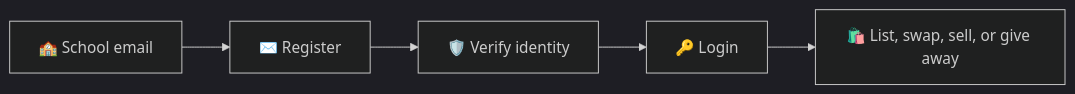
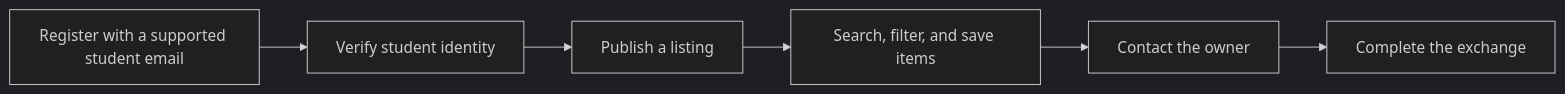
Before and after one commit to Zahotoo/unitrovee: the diagram in README.md, drawn with Mermaid (dark theme). The commit also changed other lines of this file and 1 other file, not shown here.

````diff
--- a/README.md
+++ b/README.md
@@ -8,7 +37,8 @@
 ```mermaid
 flowchart LR
-    A["🏫 School email"] --> B["✉️ Register"]
-    B --> C["🛡️ Verify identity"]
-    C --> D["🔑 Login"]
-    D --> E["🛍️ List, swap, sell, or give away"]
+    A["Register with a supported student email"] --> B["Verify student identity"]
+    B --> C["Publish a listing"]
+    C --> D["Search, filter, and save items"]
+    D --> E["Contact the owner"]
+    E --> F["Complete the exchange"]
 ```
````
